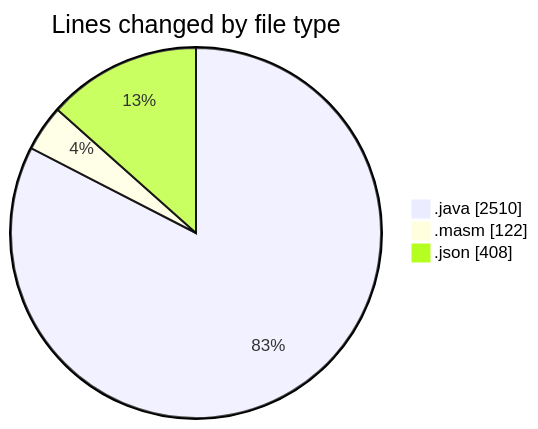
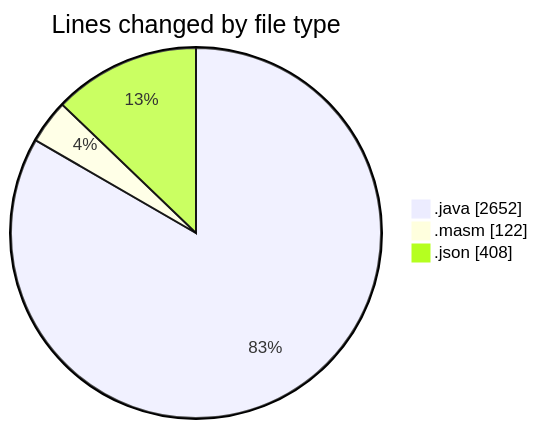
The first of 2 diagrams in 2025-02-19/masm/README.md (charlie-sans/code-tracking), drawn with Mermaid before and after one commit. The commit also changed other lines of this file and 1 other file, not shown here.

````diff
--- a/2025-02-19/masm/README.md
+++ b/2025-02-19/masm/README.md
@@ -31,7 +32,7 @@
 ```mermaid
 pie showData
 title Lines changed by file type
-".java" : 2510
+".java" : 2652
 ".masm" : 122
 ".json" : 408
 ```
````
